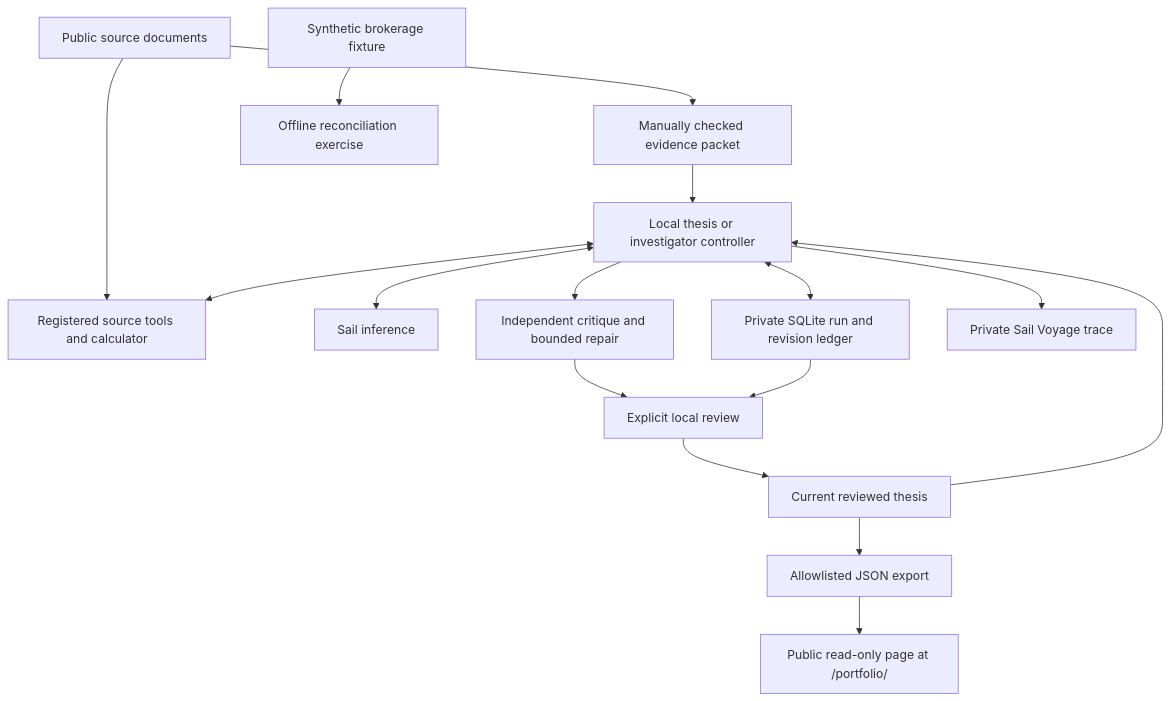
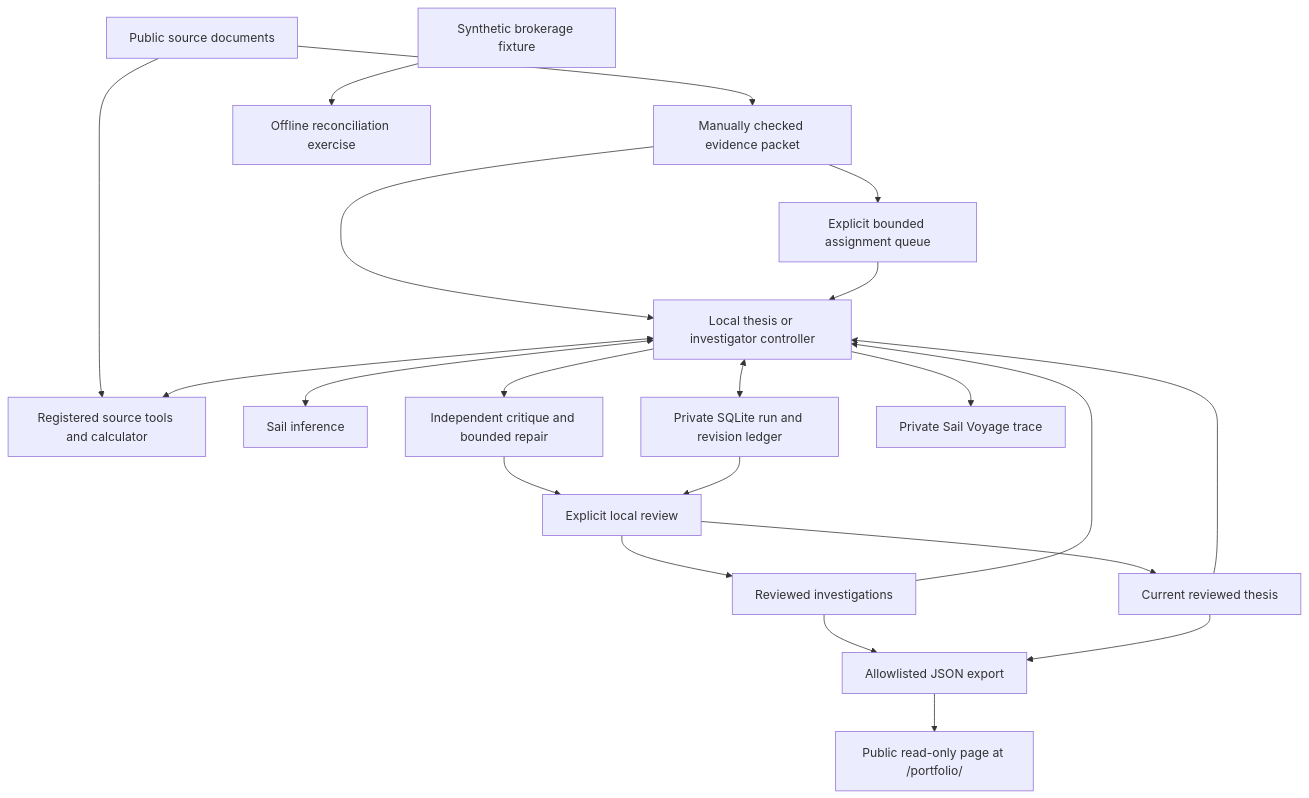
One commit to bwoods1998/long-term-capital-management changed the diagram in docs/ARCHITECTURE.md. Above: the diagram before and after it, drawn with Mermaid. The commit also changed other lines of this file and 51 other files, not shown here.

````diff
--- a/docs/ARCHITECTURE.md
+++ b/docs/ARCHITECTURE.md
@@ -7,18 +7,23 @@
 ```mermaid
 flowchart TD
     Sources[Public source documents] --> Packet[Manually checked evidence packet]
     Packet --> Research[Local thesis or investigator controller]
+    Packet --> Queue[Explicit bounded assignment queue]
+    Queue --> Research
     Sources --> Tools[Registered source tools and calculator]
     Research <--> Tools
     Research <--> Sail[Sail inference]
     Research <--> Store[Private SQLite run and revision ledger]
     Research --> Critic[Independent critique and bounded repair]
     Critic --> Review
     Store --> Review[Explicit local review]
     Review --> Head[Current reviewed thesis]
     Head --> Research
+    Review --> Reports[Reviewed investigations]
+    Reports --> Research
+    Reports --> Export
     Research --> Voyage[Private Sail Voyage trace]
     Head --> Export[Allowlisted JSON export]
     Export --> Site[Public read-only page at /portfolio/]
     Fixture[Synthetic brokerage fixture] --> Demo[Offline reconciliation exercise]
 ```
````
